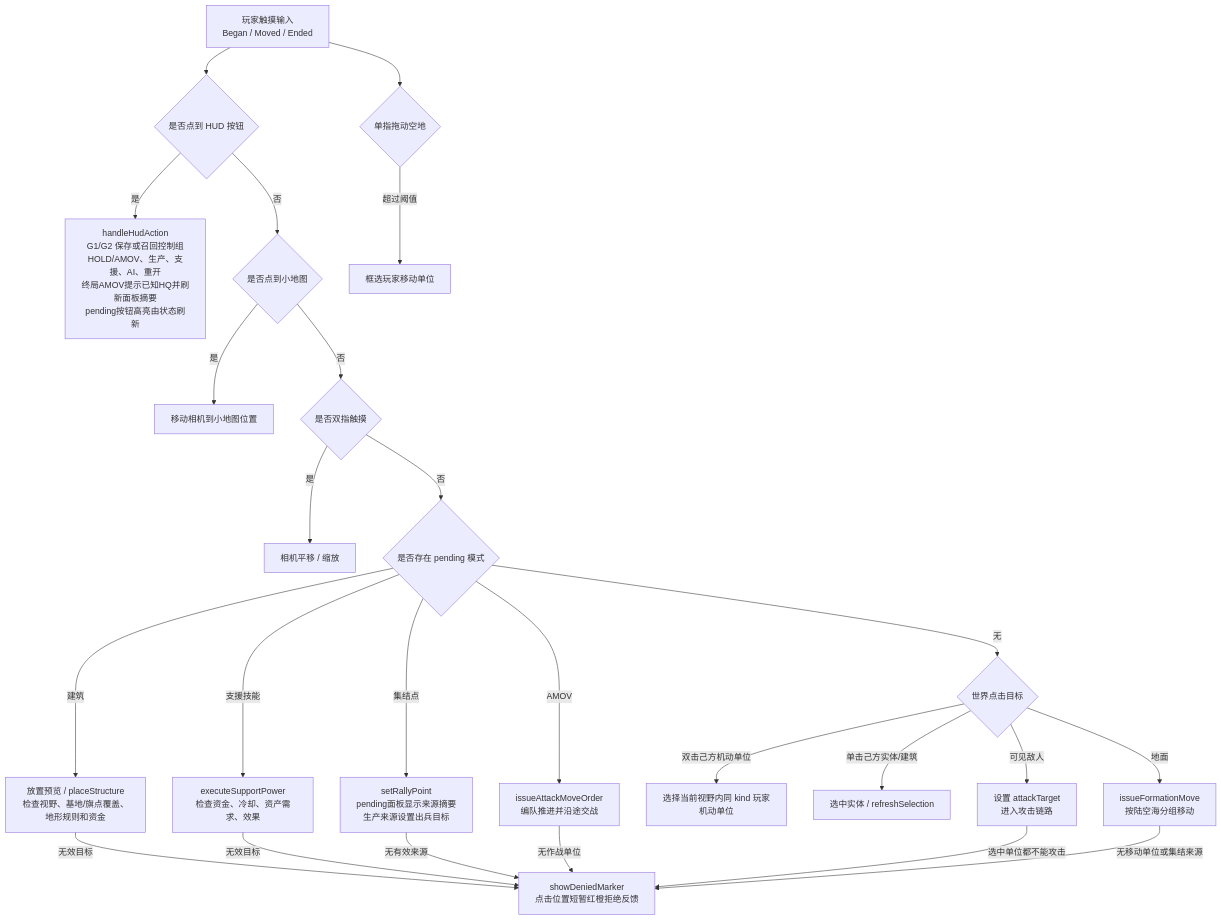
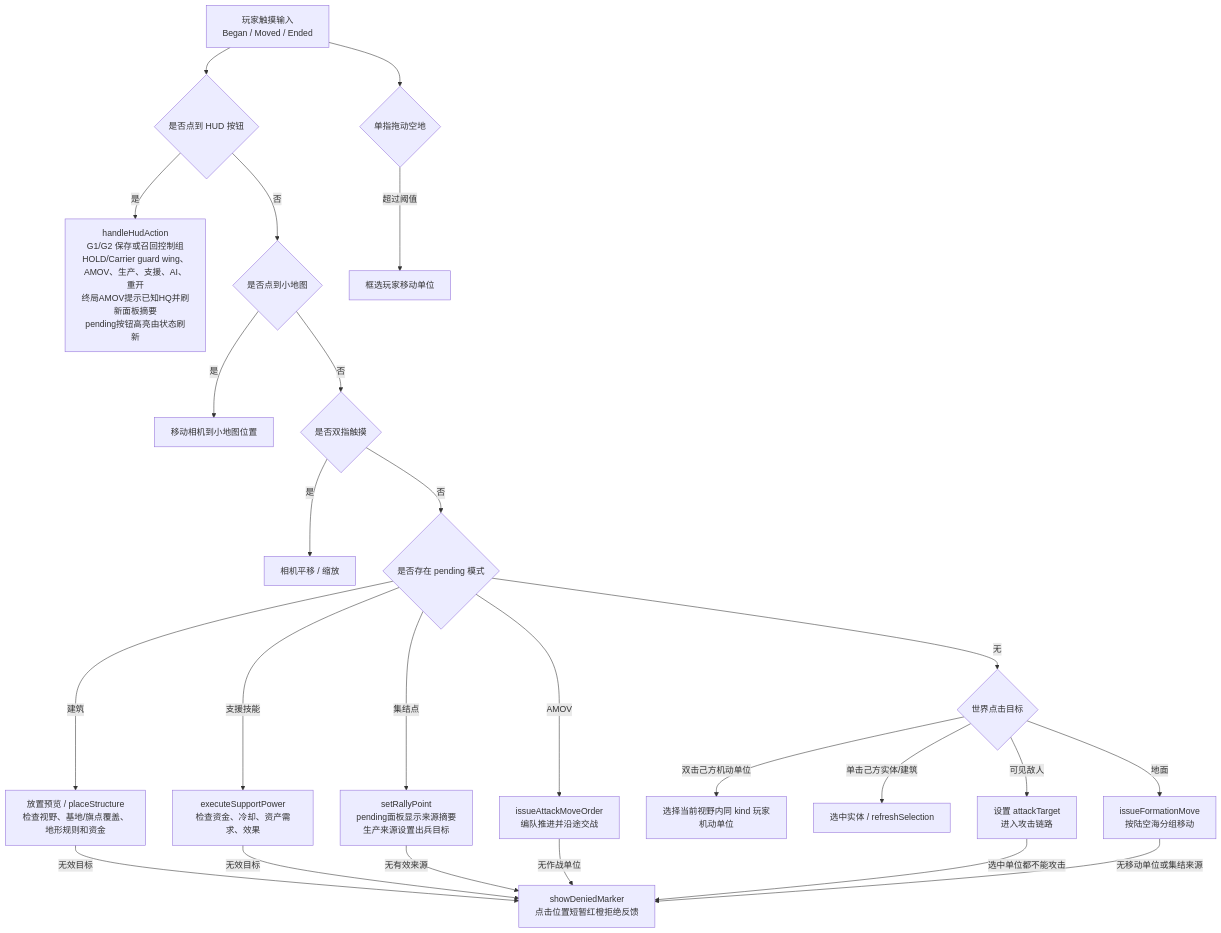
The second of 3 diagrams in md/flow/flowchart.md (Altman-sam114/1145), drawn with Mermaid before and after one commit. The commit also changed other lines of this file and 4 other files, not shown here.

````diff
--- a/md/flow/flowchart.md
+++ b/md/flow/flowchart.md
@@ -37,27 +37,27 @@
 ```mermaid
 flowchart TD
   Touch["玩家触摸输入\nBegan / Moved / Ended"] --> HUDCheck{"是否点到 HUD 按钮"}
-  HUDCheck -- "是" --> HudAction["handleHudAction\nG1/G2 保存或召回控制组\nHOLD/AMOV、生产、支援、AI、重开\n终局AMOV提示已知HQ并刷新面板摘要\npending按钮高亮由状态刷新"]
+  HUDCheck -- "是" --> HudAction["handleHudAction\nG1/G2 保存或召回控制组\nHOLD/Carrier guard wing、AMOV、生产、支援、AI、重开\n终局AMOV提示已知HQ并刷新面板摘要\npending按钮高亮由状态刷新"]
   HUDCheck -- "否" --> MiniMap{"是否点到小地图"}
   MiniMap -- "是" --> Camera["移动相机到小地图位置"]
   MiniMap -- "否" --> MultiTouch{"是否双指触摸"}
   MultiTouch -- "是" --> PanZoom["相机平移 / 缩放"]
   MultiTouch -- "否" --> Pending{"是否存在 pending 模式"}
   Pending -- "建筑" --> Place["放置预览 / placeStructure\n检查视野、基地/旗点覆盖、地形规则和资金"]
   Pending -- "支援技能" --> Support["executeSupportPower\n检查资金、冷却、资产需求、效果"]
   Pending -- "集结点" --> Rally["setRallyPoint\npending面板显示来源摘要\n生产来源设置出兵目标"]
   Pending -- "AMOV" --> AttackMove["issueAttackMoveOrder\n编队推进并沿途交战"]
   Place -- "无效目标" --> Denied["showDeniedMarker\n点击位置短暂红橙拒绝反馈"]
   Support -- "无效目标" --> Denied
   Rally -- "无有效来源" --> Denied
   AttackMove -- "无作战单位" --> Denied
   Pending -- "无" --> WorldTap{"世界点击目标"}
   WorldTap -- "双击己方机动单位" --> TypeSelect["选择当前视野内同 kind 玩家机动单位"]
   WorldTap -- "单击己方实体/建筑" --> Select["选中实体 / refreshSelection"]
   WorldTap -- "可见敌人" --> Attack["设置 attackTarget\n进入攻击链路"]
   WorldTap -- "地面" --> Move["issueFormationMove\n按陆空海分组移动"]
   Attack -- "选中单位都不能攻击" --> Denied
   Move -- "无移动单位或集结来源" --> Denied
   Touch --> Drag{"单指拖动空地"}
   Drag -- "超过阈值" --> Box["框选玩家移动单位"]
 ```
````
